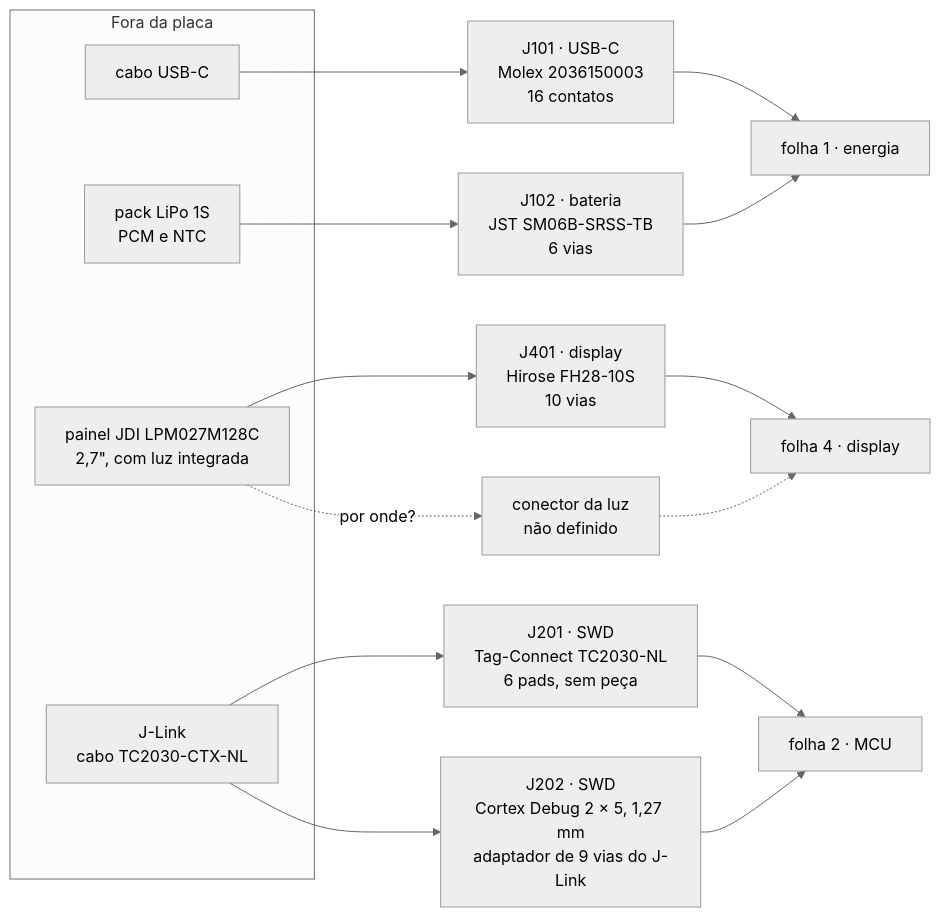
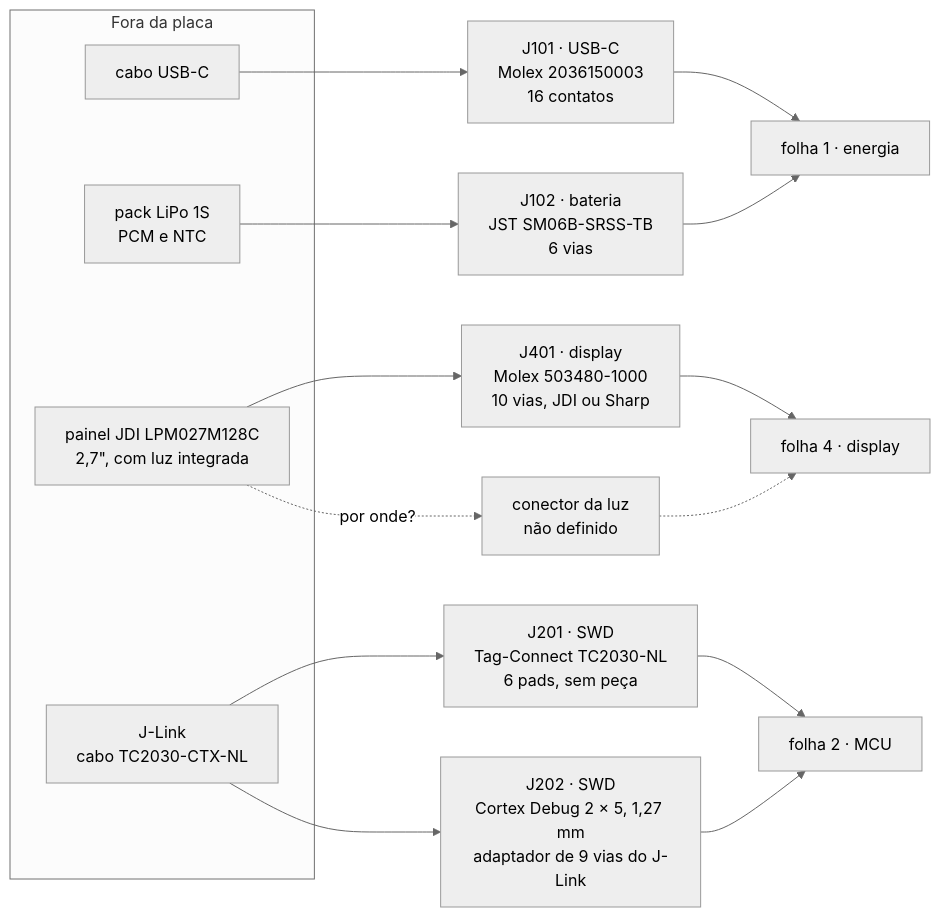
The first of 3 diagrams in hardware_gnssbike/06-conectores-e-pontos-de-teste.md (Guiimartinho/gnss-bike-computer), drawn with Mermaid (neutral theme) before and after one commit. The commit also changed other lines of this file and 63 other files, not shown here.

````diff
--- a/hardware_gnssbike/06-conectores-e-pontos-de-teste.md
+++ b/hardware_gnssbike/06-conectores-e-pontos-de-teste.md
@@ -37,21 +37,21 @@
 ```mermaid
 flowchart LR
     subgraph EXT["Fora da placa"]
         CABO["cabo USB-C"]
         PACK["pack LiPo 1S<br/>PCM e NTC"]
         PAINEL["painel JDI LPM027M128C<br/>2,7&quot;, com luz integrada"]
         SONDA["J-Link<br/>cabo TC2030-CTX-NL"]
     end
     CABO --> J101["J101 · USB-C<br/>Molex 2036150003<br/>16 contatos"]
     PACK --> J102["J102 · bateria<br/>JST SM06B-SRSS-TB<br/>6 vias"]
-    PAINEL --> J401["J401 · display<br/>Hirose FH28-10S<br/>10 vias"]
+    PAINEL --> J401["J401 · display<br/>Molex 503480-1000<br/>10 vias, JDI ou Sharp"]
     PAINEL -.->|"por onde?"| LUZ["conector da luz<br/>não definido"]
     SONDA --> J201["J201 · SWD<br/>Tag-Connect TC2030-NL<br/>6 pads, sem peça"]
     SONDA --> J202["J202 · SWD<br/>Cortex Debug 2 × 5, 1,27 mm<br/>adaptador de 9 vias do J-Link"]
     J101 --> F1["folha 1 · energia"]
     J102 --> F1
     J201 --> F2["folha 2 · MCU"]
     J202 --> F2
     J401 --> F4["folha 4 · display"]
     LUZ -.-> F4
 ```
````
